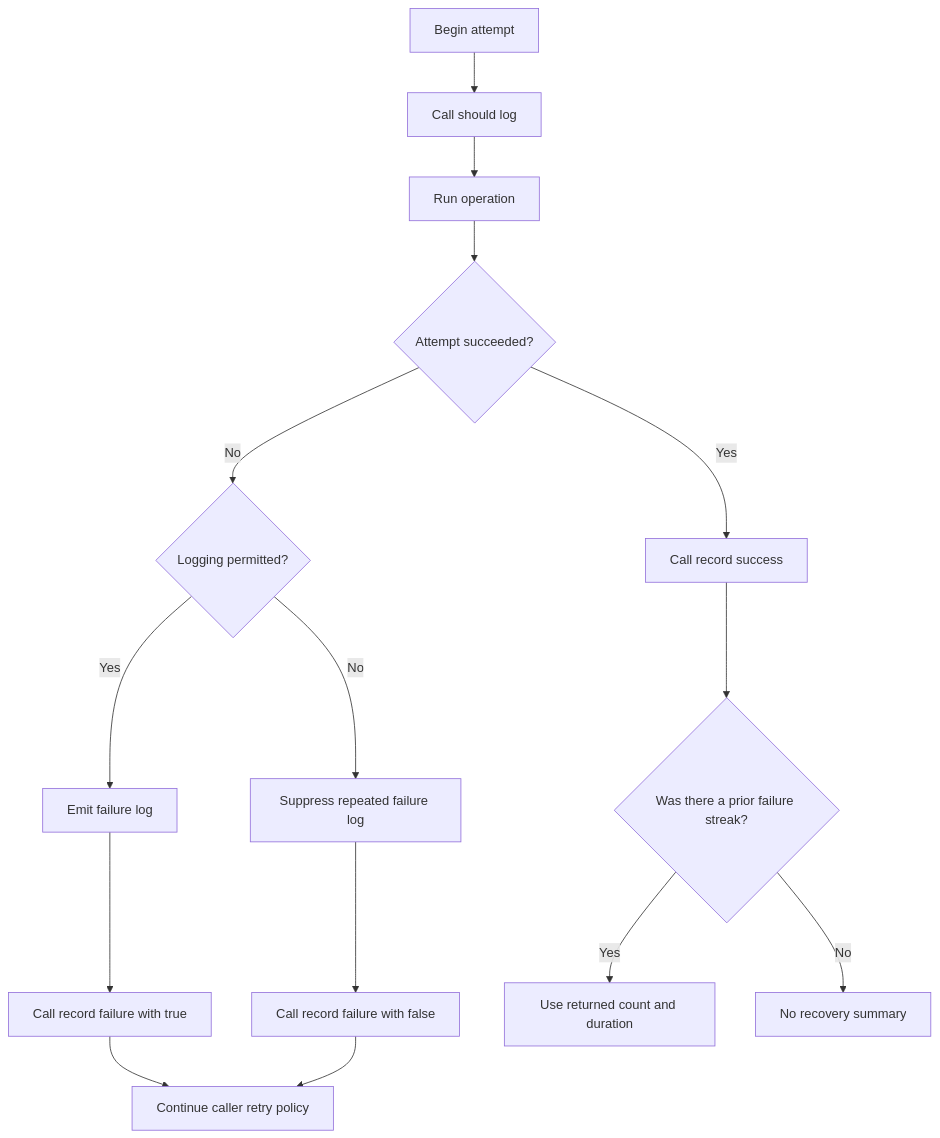
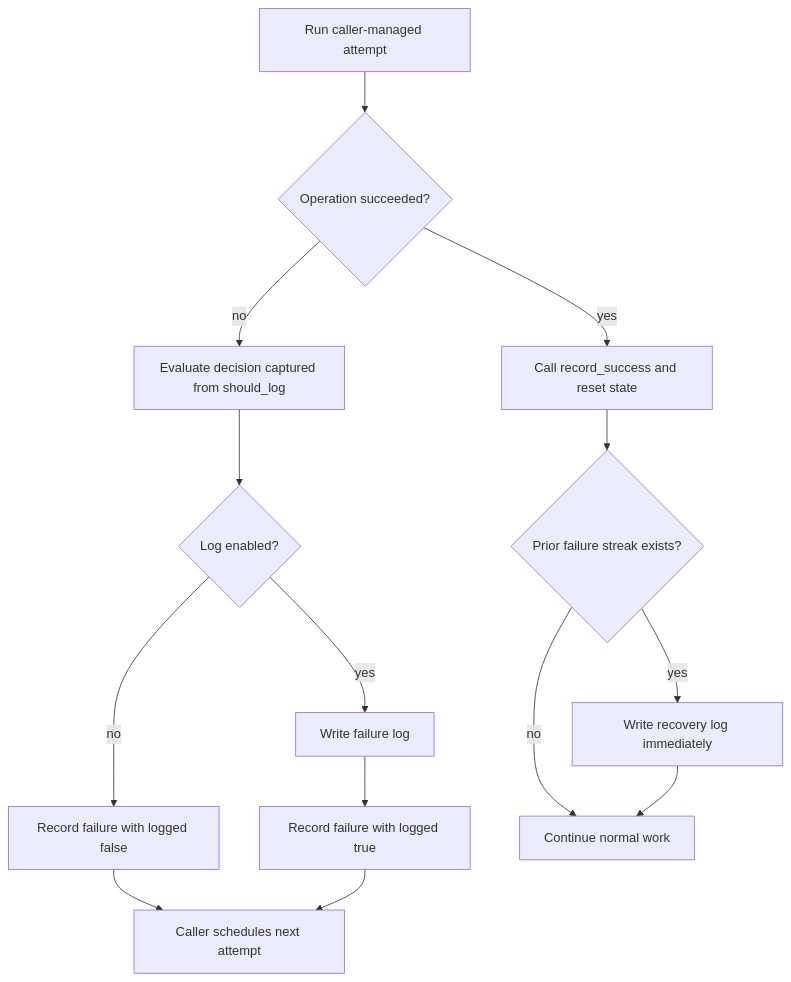
One commit to flamingo-stack/openframe-oss-tenant changed the fourth of 4 diagrams in docs/reference/architecture/openframe-client-core/utils-failure-log-backoff/utils-failure-log-backoff.md. Above: the diagram before and after it, drawn with Mermaid. The commit also changed other lines of this file and 2377 other files, not shown here.

````diff
--- a/docs/reference/architecture/openframe-client-core/utils-failure-log-backoff/utils-failure-log-backoff.md
+++ b/docs/reference/architecture/openframe-client-core/utils-failure-log-backoff/utils-failure-log-backoff.md
@@ -70,17 +154,16 @@
 ```mermaid
 flowchart TD
-    Start["Begin attempt"] --> Check["Call should log"]
-    Check --> Attempt["Run operation"]
-    Attempt --> Outcome{"Attempt succeeded?"}
-    Outcome -->|"No"| Emit{"Logging permitted?"}
-    Emit -->|"Yes"| Write["Emit failure log"]
-    Emit -->|"No"| Skip["Suppress repeated failure log"]
-    Write --> RecordLogged["Call record failure with true"]
-    Skip --> RecordQuiet["Call record failure with false"]
-    RecordLogged --> Retry["Continue caller retry policy"]
-    RecordQuiet --> Retry
-    Outcome -->|"Yes"| Recover["Call record success"]
-    Recover --> Summary{"Was there a prior failure streak?"}
-    Summary -->|"Yes"| Report["Use returned count and duration"]
-    Summary -->|"No"| Clean["No recovery summary"]
+    Attempt["Run caller-managed attempt"] --> Result{"Operation succeeded?"}
+    Result -->|"no"| Decide["Evaluate decision captured from should_log"]
+    Decide --> Emit{"Log enabled?"}
+    Emit -->|"yes"| FailureLog["Write failure log"]
+    Emit -->|"no"| RecordSilent["Record failure with logged false"]
+    FailureLog --> RecordLogged["Record failure with logged true"]
+    RecordSilent --> Retry["Caller schedules next attempt"]
+    RecordLogged --> Retry
+    Result -->|"yes"| Reset["Call record_success and reset state"]
+    Reset --> Prior{"Prior failure streak exists?"}
+    Prior -->|"yes"| Recovery["Write recovery log immediately"]
+    Prior -->|"no"| Continue["Continue normal work"]
+    Recovery --> Continue
 ```
````
